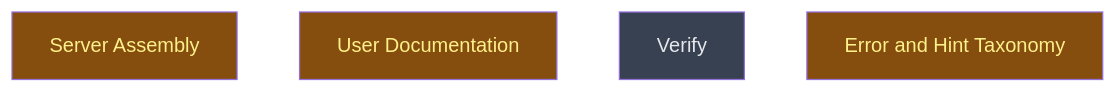
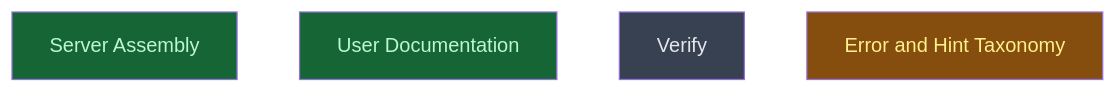
The diagram in __roadmap__/colgrep_mcp/build/tools/integrate/README.md (CrackingShells/colgrep-mcp), drawn with Mermaid before and after one commit. The commit also changed other lines of this file, not shown here.

Commit message:
docs(roadmap): mark server_assembly and docs_readme done

````diff
--- a/__roadmap__/colgrep_mcp/build/tools/integrate/README.md
+++ b/__roadmap__/colgrep_mcp/build/tools/integrate/README.md
@@ -18,12 +18,12 @@
 ```mermaid
 graph TD
-    server_assembly[Server Assembly]:::inprogress
-    docs_readme[User Documentation]:::inprogress
+    server_assembly[Server Assembly]:::done
+    docs_readme[User Documentation]:::done
     verify[Verify]:::planned
     error_taxonomy[Error and Hint Taxonomy]:::inprogress
     classDef done       fill:#166534,color:#bbf7d0
     classDef inprogress fill:#854d0e,color:#fef08a
     classDef planned    fill:#374151,color:#e5e7eb
     classDef amendment  fill:#1e3a5f,color:#bfdbfe
     classDef blocked    fill:#7f1d1d,color:#fecaca
 ```
````
